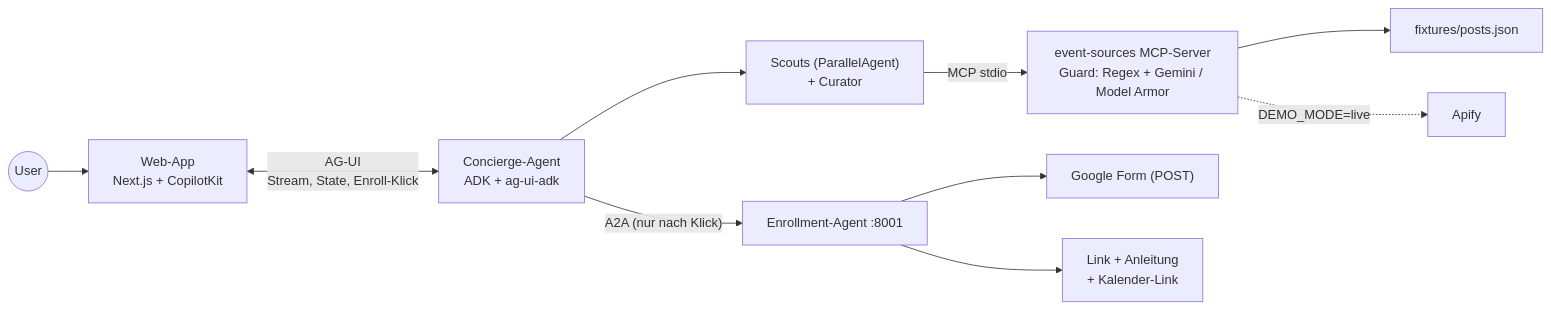
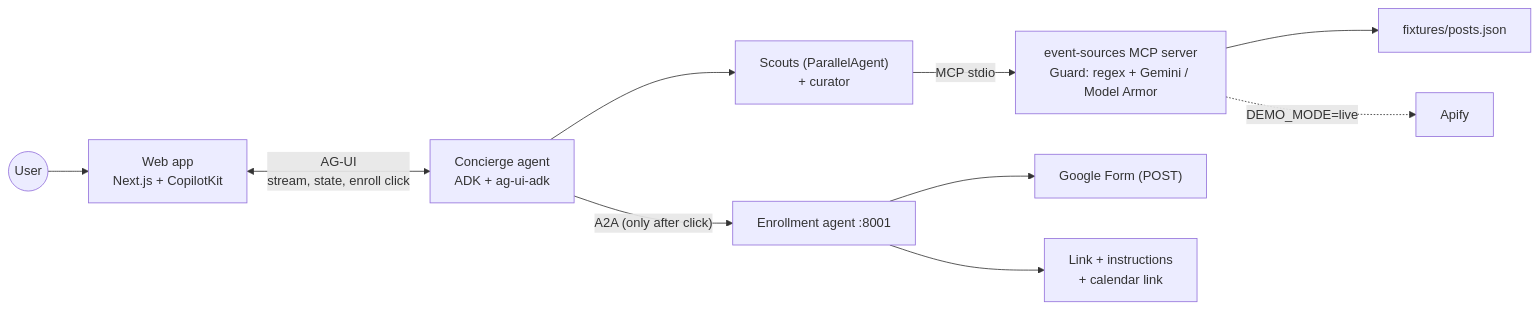
The diagram in PLAN.md (TimAlexanderStrauss/GDG_Hackathon), drawn with Mermaid before and after one commit. The commit also changed other lines of this file and 2 other files, not shown here.

````diff
--- a/PLAN.md
+++ b/PLAN.md
@@ -95,12 +95,12 @@
 ```mermaid
 flowchart LR
-  U((User)) --> W["Web-App<br/>Next.js + CopilotKit"]
-  W <-->|"AG-UI<br/>Stream, State, Enroll-Klick"| C["Concierge-Agent<br/>ADK + ag-ui-adk"]
-  C --> S["Scouts (ParallelAgent)<br/>+ Curator"]
-  S -->|MCP stdio| M["event-sources MCP-Server<br/>Guard: Regex + Gemini / Model Armor"]
+  U((User)) --> W["Web app<br/>Next.js + CopilotKit"]
+  W <-->|"AG-UI<br/>stream, state, enroll click"| C["Concierge agent<br/>ADK + ag-ui-adk"]
+  C --> S["Scouts (ParallelAgent)<br/>+ curator"]
+  S -->|MCP stdio| M["event-sources MCP server<br/>Guard: regex + Gemini / Model Armor"]
   M --> FX["fixtures/posts.json"]
   M -.->|"DEMO_MODE=live"| AP["Apify"]
-  C -->|"A2A (nur nach Klick)"| E["Enrollment-Agent :8001"]
+  C -->|"A2A (only after click)"| E["Enrollment agent :8001"]
   E --> GF["Google Form (POST)"]
-  E --> CAL["Link + Anleitung<br/>+ Kalender-Link"]
+  E --> CAL["Link + instructions<br/>+ calendar link"]
 ```
````
